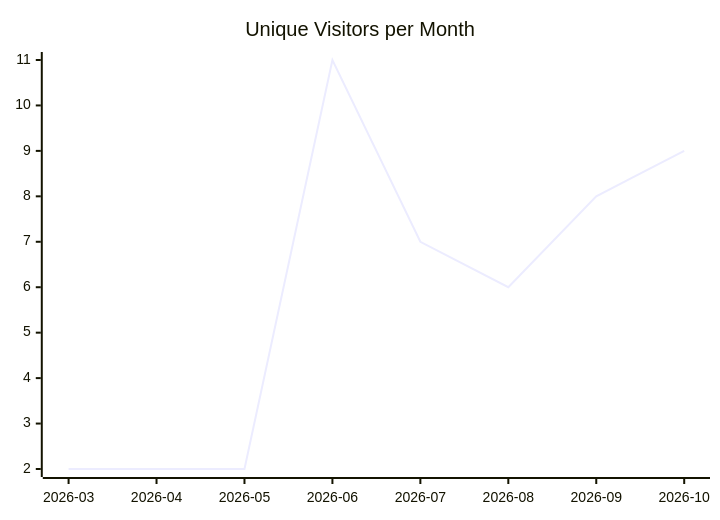
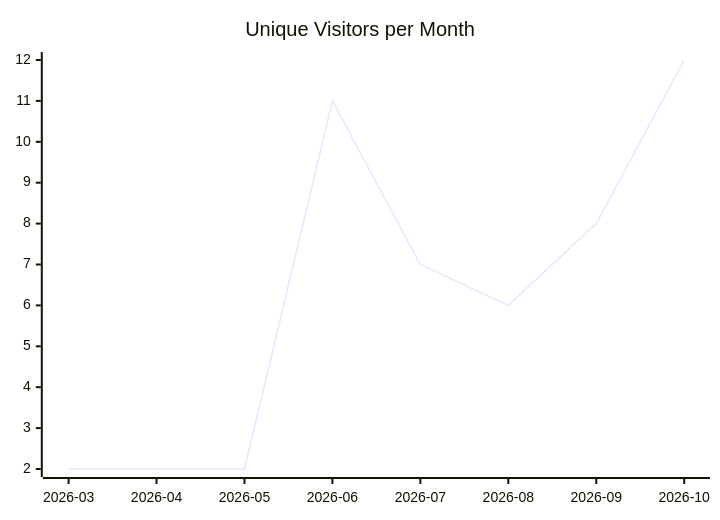
One commit to justdavis-family/github-analytics-data changed the first of 3 diagrams in karlmdavis/ansible-role-jenkins2/README.md. Above: the diagram before and after it, drawn with Mermaid. The commit also changed other lines of this file and 201 other files, not shown here.

````diff
--- a/karlmdavis/ansible-role-jenkins2/README.md
+++ b/karlmdavis/ansible-role-jenkins2/README.md
@@ -5,6 +5,6 @@
 ```mermaid
 xychart-beta
   title "Unique Visitors per Month"
   x-axis ["2026-03", "2026-04", "2026-05", "2026-06", "2026-07", "2026-08", "2026-09", "2026-10"]
-  line [2, 2, 2, 11, 7, 6, 8, 9]
+  line [2, 2, 2, 11, 7, 6, 8, 12]
 ```
````
